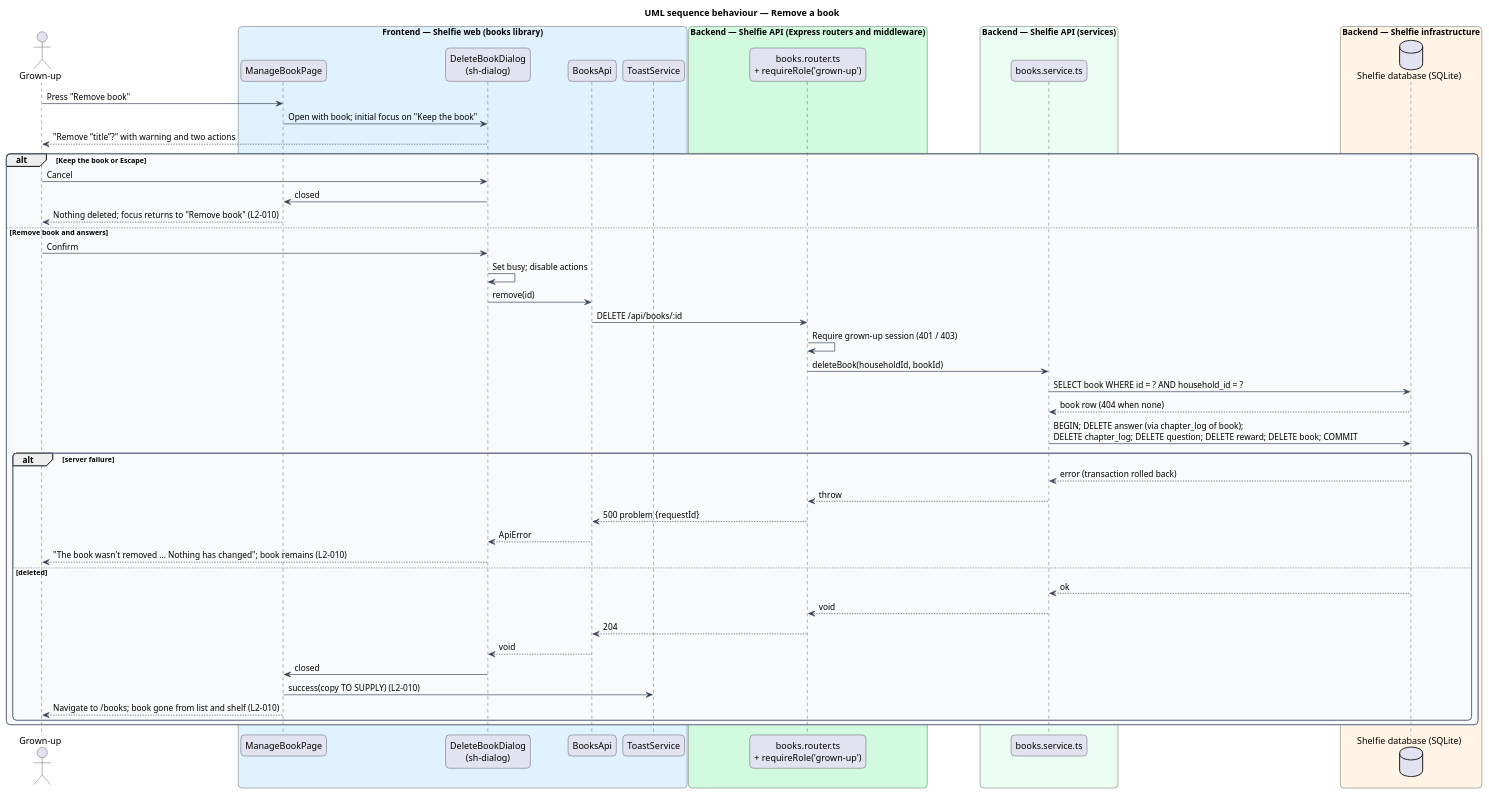
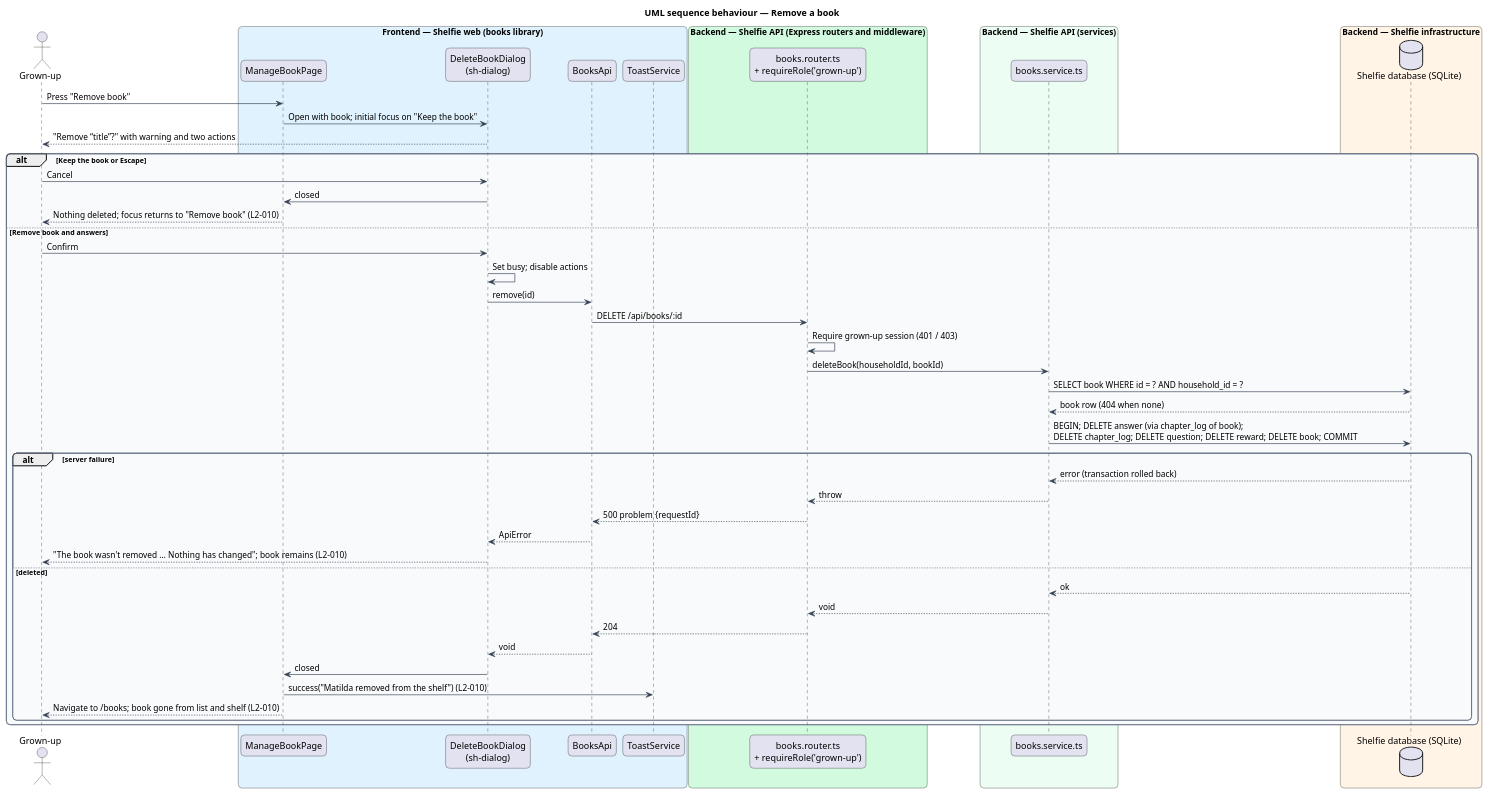
Before and after one commit to QuinntyneBrown/shelfie: the diagram in docs/detailed-designs/books/manage-book/diagrams/sequence-remove-book.puml, drawn with PlantUML. The commit also changed 27 other files, not shown here.

```diff
--- a/docs/detailed-designs/books/manage-book/diagrams/sequence-remove-book.puml
+++ b/docs/detailed-designs/books/manage-book/diagrams/sequence-remove-book.puml
@@ -1,67 +1,67 @@
 @startuml
 title UML sequence behaviour — Remove a book
 skinparam backgroundColor #FFFFFF
 skinparam shadowing false
 skinparam roundcorner 12
 skinparam defaultFontName Arial
 skinparam ArrowColor #344054
 skinparam rectangle {
   BorderColor #344054
   FontColor #101828
 }
 skinparam package {
   BorderColor #667085
   FontColor #101828
   BackgroundColor #F9FAFB
 }
 actor "Grown-up" as grownUp
 box "Frontend — Shelfie web (books library)" #E0F2FE
   participant "ManageBookPage" as page
   participant "DeleteBookDialog\n(sh-dialog)" as dialog
   participant "BooksApi" as client
   participant "ToastService" as toast
 end box
 box "Backend — Shelfie API (Express routers and middleware)" #D1FADF
   participant "books.router.ts\n+ requireRole('grown-up')" as router
 end box
 box "Backend — Shelfie API (services)" #ECFDF3
   participant "books.service.ts" as service
 end box
 box "Backend — Shelfie infrastructure" #FFF4E5
   database "Shelfie database (SQLite)" as db
 end box
 
 grownUp -> page : Press "Remove book"
 page -> dialog : Open with book; initial focus on "Keep the book"
 dialog --> grownUp : "Remove “title”?" with warning and two actions
 alt Keep the book or Escape
   grownUp -> dialog : Cancel
   dialog -> page : closed
   page --> grownUp : Nothing deleted; focus returns to "Remove book" (L2-010)
 else Remove book and answers
   grownUp -> dialog : Confirm
   dialog -> dialog : Set busy; disable actions
   dialog -> client : remove(id)
   client -> router : DELETE /api/books/:id
   router -> router : Require grown-up session (401 / 403)
   router -> service : deleteBook(householdId, bookId)
   service -> db : SELECT book WHERE id = ? AND household_id = ?
   db --> service : book row (404 when none)
   service -> db : BEGIN; DELETE answer (via chapter_log of book);\nDELETE chapter_log; DELETE question; DELETE reward; DELETE book; COMMIT
   alt server failure
     db --> service : error (transaction rolled back)
     service --> router : throw
     router --> client : 500 problem {requestId}
     client --> dialog : ApiError
     dialog --> grownUp : "The book wasn't removed … Nothing has changed"; book remains (L2-010)
   else deleted
     db --> service : ok
     service --> router : void
     router --> client : 204
     client --> dialog : void
     dialog -> page : closed
-    page -> toast : success(copy TO SUPPLY) (L2-010)
+    page -> toast : success("Matilda removed from the shelf") (L2-010)
     page --> grownUp : Navigate to /books; book gone from list and shelf (L2-010)
   end
 end
 @enduml
```
